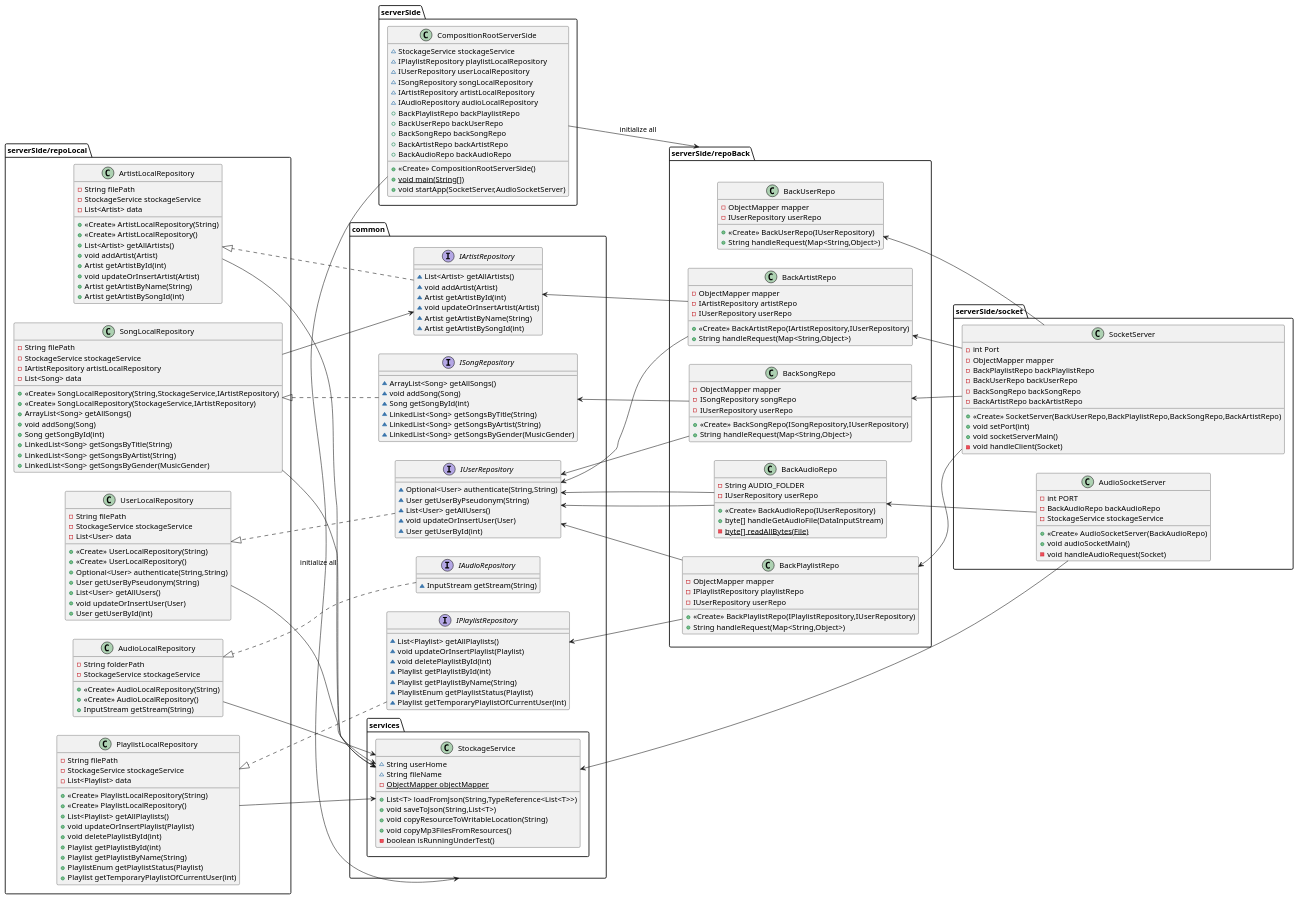
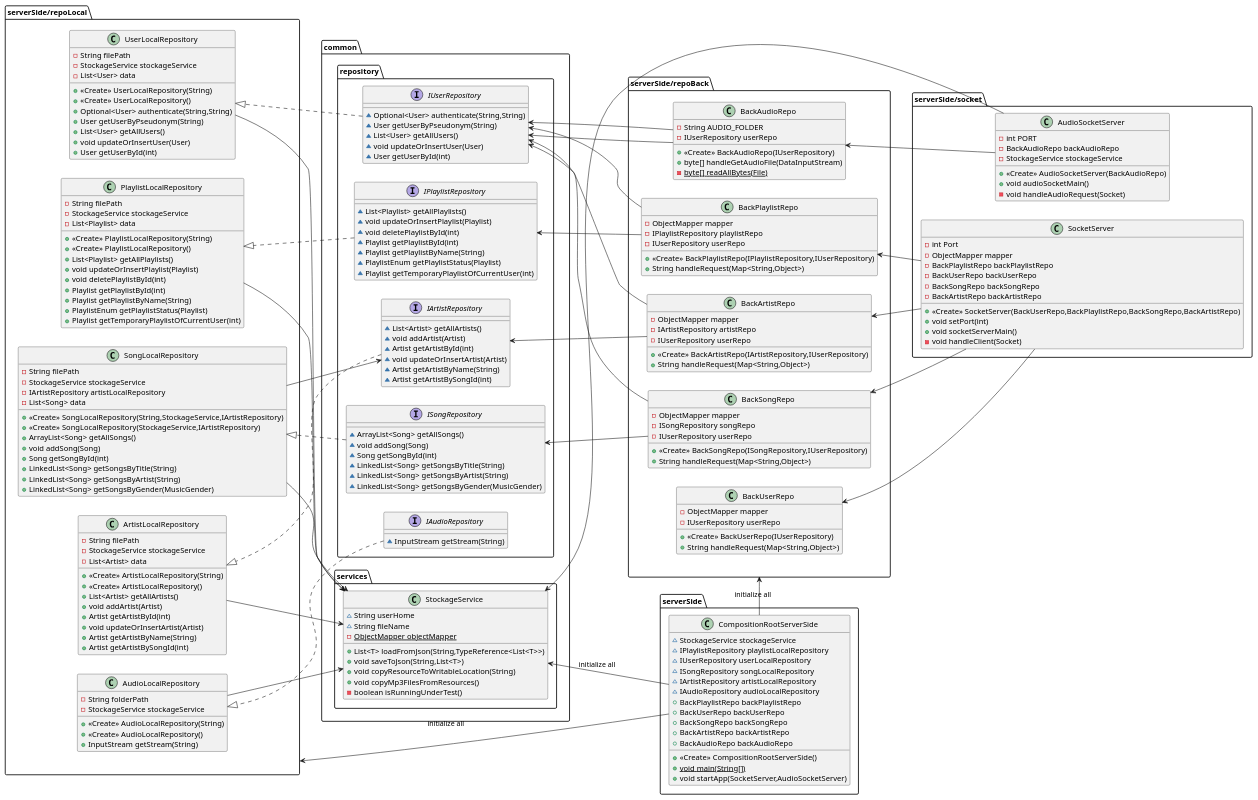
The diagram in serverSide.puml (marionrossier/MiniSpotify), drawn with PlantUML before and after one commit. The commit also changed 1 other file, not shown here.

Commit message:
refactor: update package structure in UML diagrams to improve organization and clarity

```diff
--- a/serverSide.puml
+++ b/serverSide.puml
@@ -1,8 +1,7 @@
 @startuml
 left to right direction
 
-'--- Focus sur serverSide et dépendances utiles dans common ---
-package common {
+package common.repository {
     interface IUserRepository{
         ~ Optional<User> authenticate(String,String)
         ~ User getUserByPseudonym(String)
@@ -204,17 +203,17 @@
 
 
 '--- Dépendances avec -u-> ---
-"serverSide/repoBack.BackAudioRepo" -u-> common.IUserRepository
-"serverSide/repoBack.BackAudioRepo" -u-> common.IUserRepository
-"serverSide/repoBack.BackSongRepo" -u-> common.ISongRepository
-"serverSide/repoBack.BackSongRepo" -u-> common.IUserRepository
-"serverSide/repoBack.BackPlaylistRepo" -u-> common.IPlaylistRepository
-"serverSide/repoBack.BackPlaylistRepo" -u-> common.IUserRepository
-"serverSide/repoBack.BackArtistRepo" -u-> common.IArtistRepository
-"serverSide/repoBack.BackArtistRepo" -u-> common.IUserRepository
+"serverSide/repoBack.BackAudioRepo" -u-> common.repository.IUserRepository
+"serverSide/repoBack.BackAudioRepo" -u-> common.repository.IUserRepository
+"serverSide/repoBack.BackSongRepo" -u-> common.repository.ISongRepository
+"serverSide/repoBack.BackSongRepo" -u-> common.repository.IUserRepository
+"serverSide/repoBack.BackPlaylistRepo" -u-> common.repository.IPlaylistRepository
+"serverSide/repoBack.BackPlaylistRepo" -u-> common.repository.IUserRepository
+"serverSide/repoBack.BackArtistRepo" -u-> common.repository.IArtistRepository
+"serverSide/repoBack.BackArtistRepo" -u-> common.repository.IUserRepository
+"serverSide/repoLocal.SongLocalRepository" -d-> common.repository.IArtistRepository
 
 "serverSide/repoLocal.SongLocalRepository" -d-> common.services.StockageService
-"serverSide/repoLocal.SongLocalRepository" -d-> common.IArtistRepository
 "serverSide/repoLocal.PlaylistLocalRepository" -d-> common.services.StockageService
 "serverSide/repoLocal.UserLocalRepository" -d-> common.services.StockageService
 "serverSide/repoLocal.ArtistLocalRepository" -d-> common.services.StockageService
@@ -227,14 +226,15 @@
 "serverSide/socket.SocketServer" -u-> "serverSide/repoBack.BackSongRepo"
 "serverSide/socket.SocketServer" -u-> "serverSide/repoBack.BackArtistRepo"
 
-"serverSide.CompositionRootServerSide" -r-> common : initialize all
 "serverSide.CompositionRootServerSide" -r-> "serverSide/repoBack"  : initialize all
+"serverSide.CompositionRootServerSide" -u-> "serverSide/repoLocal"  : initialize all
+"serverSide.CompositionRootServerSide" -u-> "common.services.StockageService"  : initialize all
 
 '--- Implémentations des interfaces par les repositories locaux avec ..u.|> ---
-common.ISongRepository ..|> "serverSide/repoLocal.SongLocalRepository"
-common.IPlaylistRepository ..|> "serverSide/repoLocal.PlaylistLocalRepository"
-common.IUserRepository ..|> "serverSide/repoLocal.UserLocalRepository"
-common.IArtistRepository ..|> "serverSide/repoLocal.ArtistLocalRepository"
-common.IAudioRepository ..|> "serverSide/repoLocal.AudioLocalRepository"
+common.repository.ISongRepository ..|> "serverSide/repoLocal.SongLocalRepository"
+common.repository.IPlaylistRepository ..|> "serverSide/repoLocal.PlaylistLocalRepository"
+common.repository.IUserRepository ..|> "serverSide/repoLocal.UserLocalRepository"
+common.repository.IArtistRepository ..|> "serverSide/repoLocal.ArtistLocalRepository"
+common.repository.IAudioRepository ..|> "serverSide/repoLocal.AudioLocalRepository"
 
 @enduml
```
